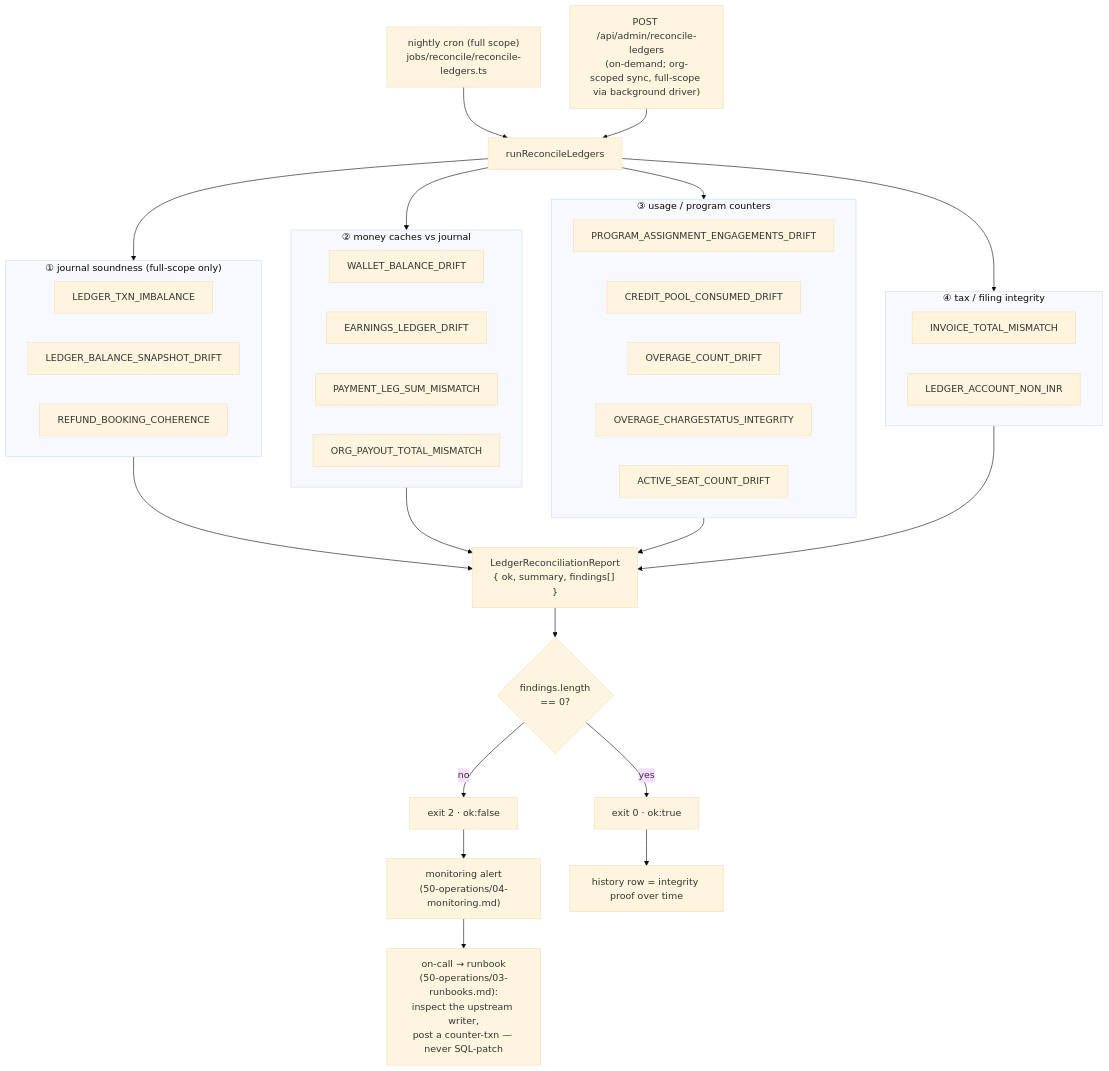
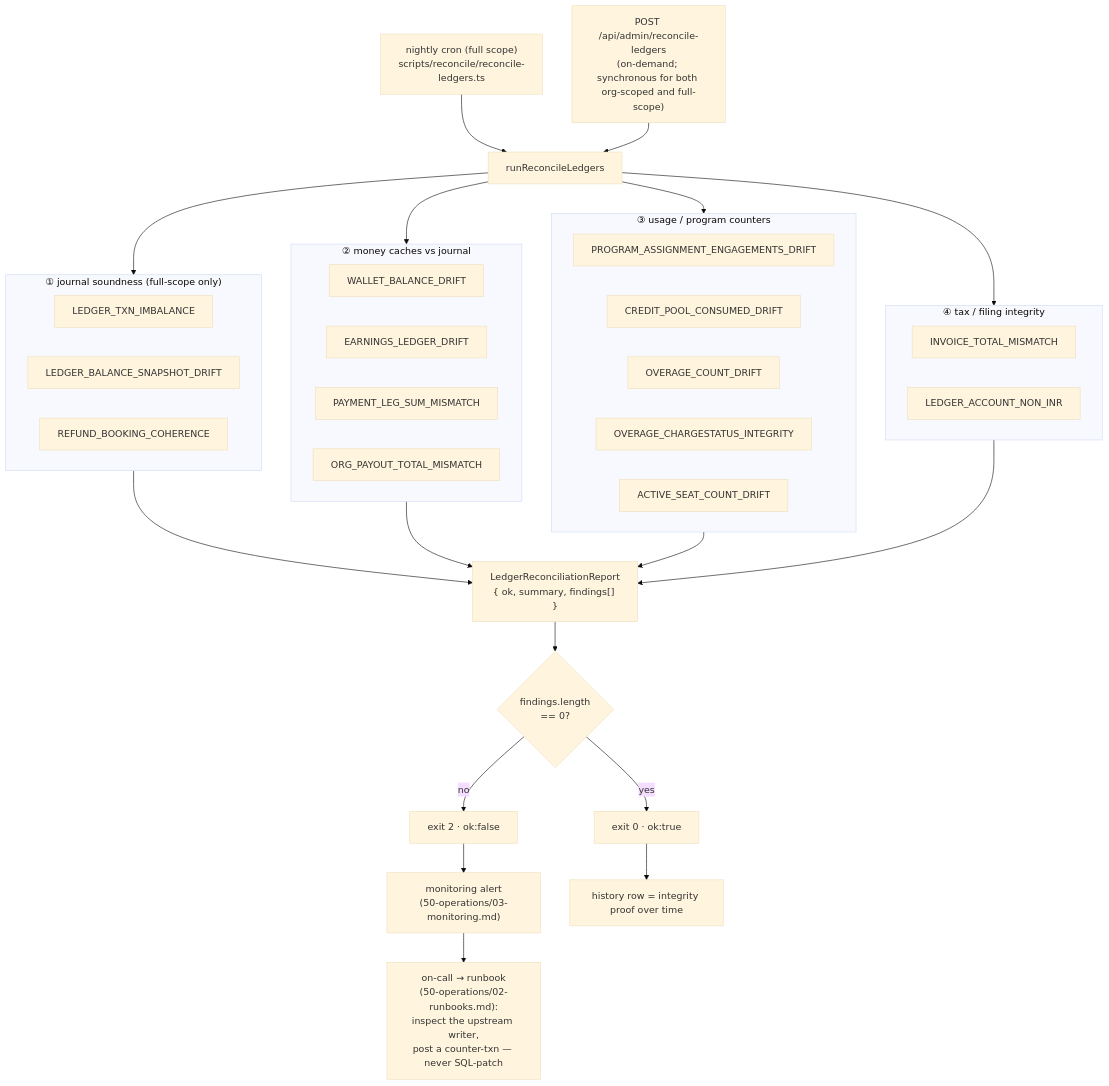
Before and after one commit to Practitionist/familiarise_web: the second of 2 diagrams in docs/enterprise/10-money-and-ledger/13-ledger-integrity.md, drawn with Mermaid (base theme). The commit also changed other lines of this file and 231 other files, not shown here.

````diff
--- a/docs/enterprise/10-money-and-ledger/13-ledger-integrity.md
+++ b/docs/enterprise/10-money-and-ledger/13-ledger-integrity.md
@@ -62,38 +62,38 @@
 ```mermaid
 flowchart TD
-  CRON["nightly cron (full scope)<br/>jobs/reconcile/reconcile-ledgers.ts"] --> RUN["runReconcileLedgers"]
-  ADMIN["POST /api/admin/reconcile-ledgers<br/>(on-demand; org-scoped sync, full-scope via background driver)"] --> RUN
+  CRON["nightly cron (full scope)<br/>scripts/reconcile/reconcile-ledgers.ts"] --> RUN["runReconcileLedgers"]
+  ADMIN["POST /api/admin/reconcile-ledgers<br/>(on-demand; synchronous for both org-scoped and full-scope)"] --> RUN
   RUN --> G1
   RUN --> G2
   RUN --> G3
   RUN --> G4
   subgraph G1["① journal soundness (full-scope only)"]
     LTI["LEDGER_TXN_IMBALANCE"]
     LBS["LEDGER_BALANCE_SNAPSHOT_DRIFT"]
     RBC["REFUND_BOOKING_COHERENCE"]
   end
   subgraph G2["② money caches vs journal"]
     WBD["WALLET_BALANCE_DRIFT"]
     ELD["EARNINGS_LEDGER_DRIFT"]
     PLS["PAYMENT_LEG_SUM_MISMATCH"]
     OPT["ORG_PAYOUT_TOTAL_MISMATCH"]
   end
   subgraph G3["③ usage / program counters"]
     PAE["PROGRAM_ASSIGNMENT_ENGAGEMENTS_DRIFT"]
     CPC["CREDIT_POOL_CONSUMED_DRIFT"]
     OCD["OVERAGE_COUNT_DRIFT"]
     OCI["OVERAGE_CHARGESTATUS_INTEGRITY"]
     ASC["ACTIVE_SEAT_COUNT_DRIFT"]
   end
   subgraph G4["④ tax / filing integrity"]
     ITM["INVOICE_TOTAL_MISMATCH"]
     NIN["LEDGER_ACCOUNT_NON_INR"]
   end
   G1 & G2 & G3 & G4 --> RPT["LedgerReconciliationReport<br/>{ ok, summary, findings[] }"]
   RPT --> OK{"findings.length<br/>== 0?"}
   OK -- yes --> CLEAN["exit 0 · ok:true"]
   OK -- no --> PAGE["exit 2 · ok:false"]
-  PAGE --> MON["monitoring alert<br/>(50-operations/04-monitoring.md)"]
-  MON --> ONCALL["on-call → runbook<br/>(50-operations/03-runbooks.md):<br/>inspect the upstream writer,<br/>post a counter-txn — never SQL-patch"]
+  PAGE --> MON["monitoring alert<br/>(50-operations/03-monitoring.md)"]
+  MON --> ONCALL["on-call → runbook<br/>(50-operations/02-runbooks.md):<br/>inspect the upstream writer,<br/>post a counter-txn — never SQL-patch"]
   CLEAN --> AUDIT["history row = integrity proof over time"]
 ```
````
